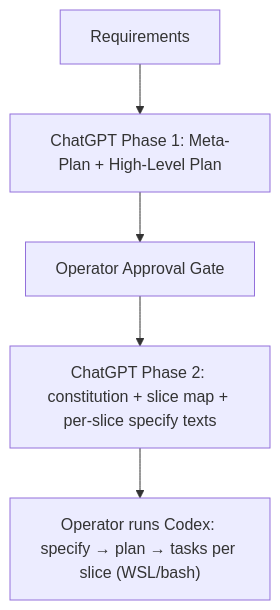
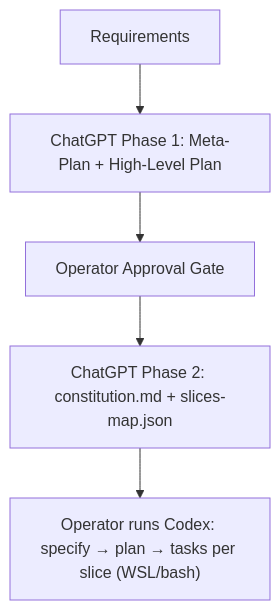
One commit to noobAIcoder/spec-kit-X changed the diagram in .workflow/Spec-Kit Preemptive Stage Guide for ChatGPT.md. Above: the diagram before and after it, drawn with Mermaid. The commit also changed other lines of this file, not shown here.

Commit message:
modified:   .workflow/Spec-Kit Preemptive Stage Guide for ChatGPT.md

````diff
--- a/.workflow/Spec-Kit Preemptive Stage Guide for ChatGPT.md
+++ b/.workflow/Spec-Kit Preemptive Stage Guide for ChatGPT.md
@@ -45,7 +41,7 @@
 ```mermaid
 flowchart TB
-  R["Requirements"] --> G1["ChatGPT Phase 1: Meta-Plan + High-Level Plan"]
-  G1 --> A["Operator Approval Gate"]
-  A --> G2["ChatGPT Phase 2: constitution + slice map + per-slice specify texts"]
-  G2 --> C["Operator runs Codex: specify → plan → tasks per slice (WSL/bash)"]
+  R["Requirements"] --> P1["ChatGPT Phase 1: Meta-Plan + High-Level Plan"]
+  P1 --> G["Operator Approval Gate"]
+  G --> P2["ChatGPT Phase 2: constitution.md + slices-map.json"]
+  P2 --> O["Operator runs Codex: specify → plan → tasks per slice (WSL/bash)"]
 ```
````
